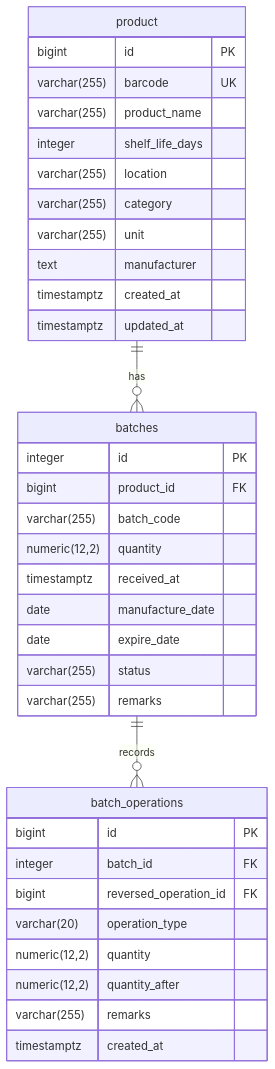
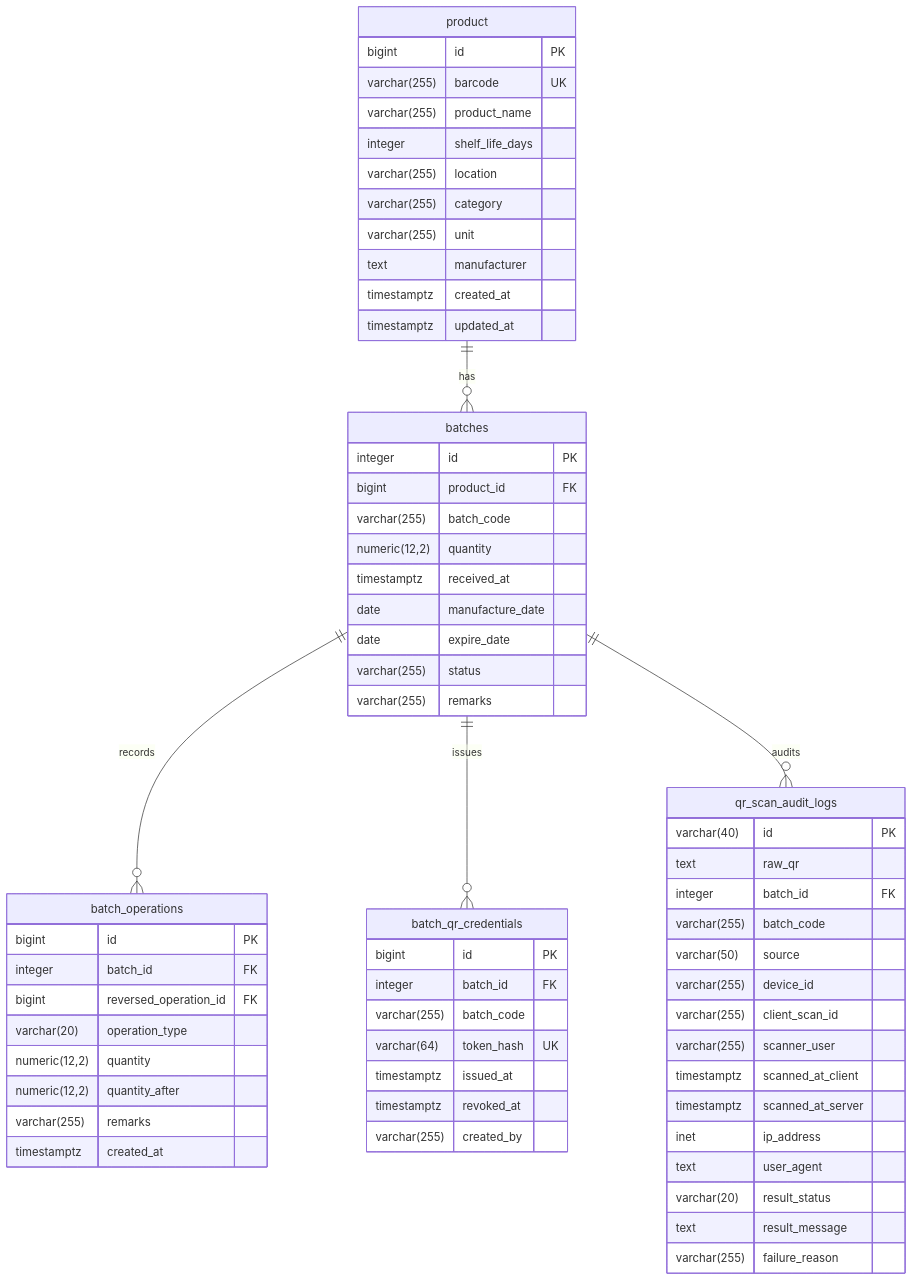
The diagram in docs/db.md (Harutaizumiya/origin_django), drawn with Mermaid before and after one commit. The commit also changed other lines of this file and 12 other files, not shown here.

Commit message:
Add QR credentials and scan audit APIs

````diff
--- a/docs/db.md
+++ b/docs/db.md
@@ -17,41 +17,71 @@
 ```mermaid
 erDiagram
     product ||--o{ batches : "has"
     batches ||--o{ batch_operations : "records"
+    batches ||--o{ batch_qr_credentials : "issues"
+    batches ||--o{ qr_scan_audit_logs : "audits"
 
     product {
         bigint id PK
         varchar(255) barcode UK
         varchar(255) product_name
         integer shelf_life_days
         varchar(255) location
         varchar(255) category
         varchar(255) unit
         text manufacturer
         timestamptz created_at
         timestamptz updated_at
     }
 
     batches {
         integer id PK
         bigint product_id FK
         varchar(255) batch_code
         numeric(12,2) quantity
         timestamptz received_at
         date manufacture_date
         date expire_date
         varchar(255) status
         varchar(255) remarks
     }
 
     batch_operations {
         bigint id PK
         integer batch_id FK
         bigint reversed_operation_id FK
         varchar(20) operation_type
         numeric(12,2) quantity
         numeric(12,2) quantity_after
         varchar(255) remarks
         timestamptz created_at
     }
+
+    batch_qr_credentials {
+        bigint id PK
+        integer batch_id FK
+        varchar(255) batch_code
+        varchar(64) token_hash UK
+        timestamptz issued_at
+        timestamptz revoked_at
+        varchar(255) created_by
+    }
+
+    qr_scan_audit_logs {
+        varchar(40) id PK
+        text raw_qr
+        integer batch_id FK
+        varchar(255) batch_code
+        varchar(50) source
+        varchar(255) device_id
+        varchar(255) client_scan_id
+        varchar(255) scanner_user
+        timestamptz scanned_at_client
+        timestamptz scanned_at_server
+        inet ip_address
+        text user_agent
+        varchar(20) result_status
+        text result_message
+        varchar(255) failure_reason
+    }
 ```
````
